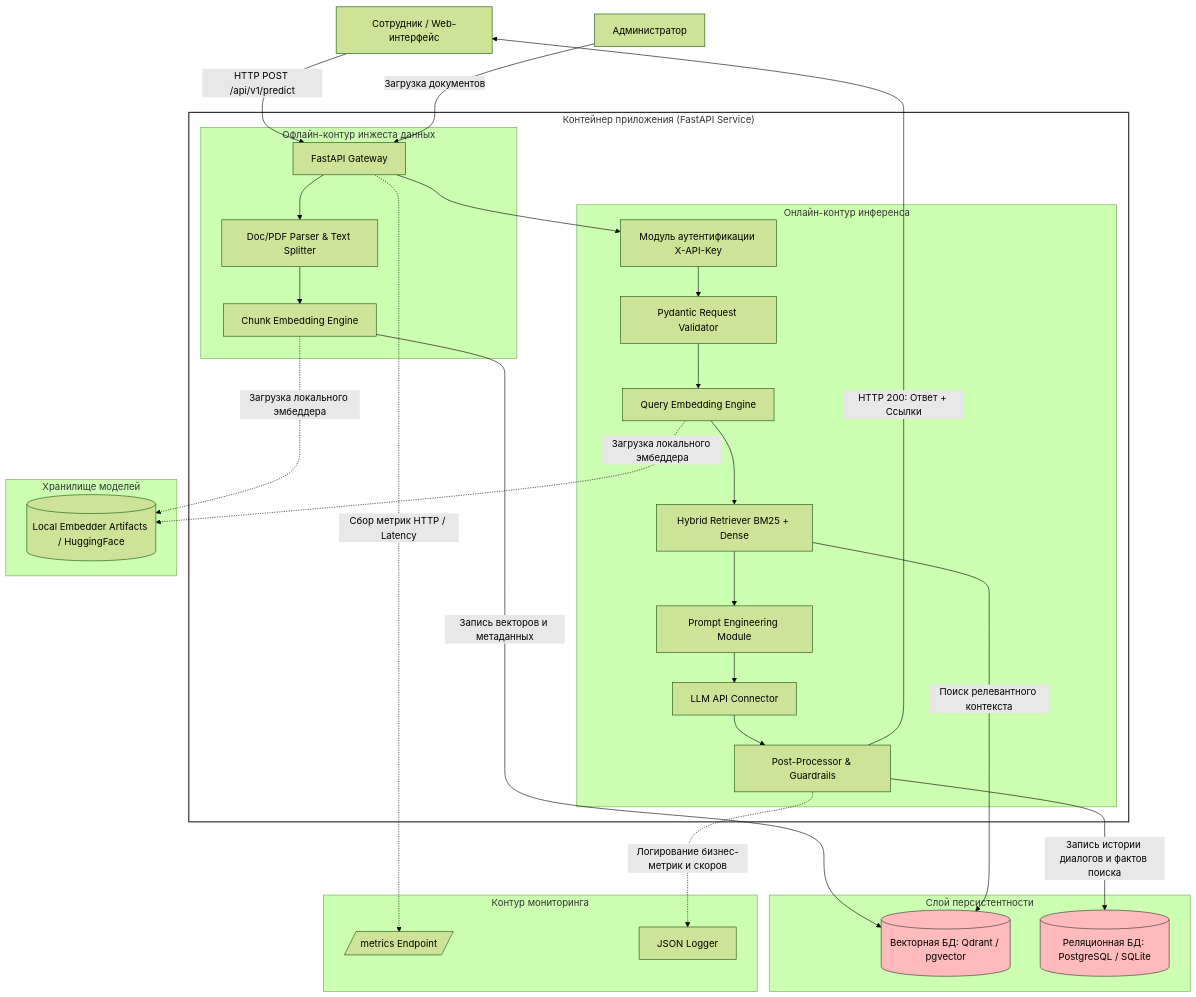
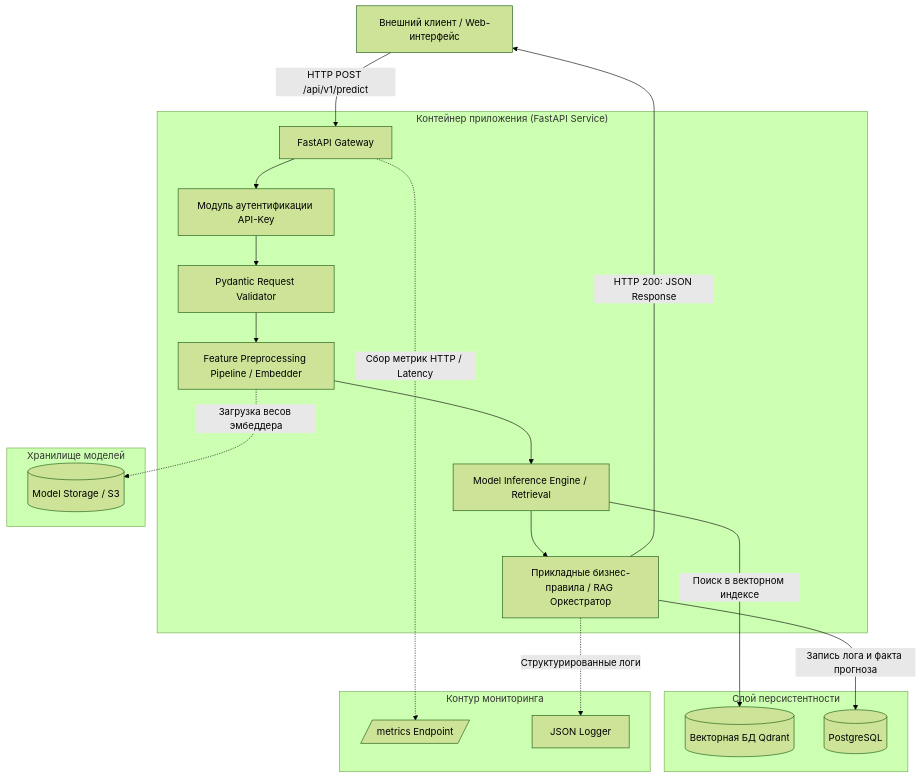
The second of 2 diagrams in README.md (M4RGINAL1981/ai-system-Enterprise-RAG), drawn with Mermaid (forest theme) before and after one commit. The commit also changed other lines of this file and 11 other files, not shown here.

````diff
--- a/README.md
+++ b/README.md
@@ -130,47 +68,23 @@
-``` mermaid
+```mermaid
 flowchart TB
-    Client[Сотрудник / Web-интерфейс] -->|HTTP POST /api/v1/predict| API[FastAPI Gateway]
-    Admin[Администратор] -->|Загрузка документов| API
-
-    %% Добавлены кавычки в названии subgraph на следующей строке:
+    Client[Внешний клиент / Web-интерфейс] -->|HTTP POST /api/v1/predict| API[FastAPI Gateway]
     subgraph AppContainer ["Контейнер приложения (FastAPI Service)"]
-        API --> Auth[Модуль аутентификации X-API-Key]
-        
-        subgraph OnlinePipeline [Онлайн-контур инференса]
-            Auth --> Validator[Pydantic Request Validator]
-            Validator --> QueryEmbedder[Query Embedding Engine]
-            QueryEmbedder --> VectorSearch[Hybrid Retriever BM25 + Dense]
-            VectorSearch --> PromptBuilder[Prompt Engineering Module]
-            PromptBuilder --> LLMClient[LLM API Connector]
-            LLMClient --> PostProcessor[Post-Processor & Guardrails]
-        end
-
-        subgraph OfflinePipeline [Офлайн-контур инжеста данных]
-            API --> DocumentParser[Doc/PDF Parser & Text Splitter]
-            DocumentParser --> ChunkEmbedder[Chunk Embedding Engine]
-        end
+        API --> Auth[Модуль аутентификации API-Key]
+        Auth --> Validator[Pydantic Request Validator]
+        Validator --> Preprocessing[Feature Preprocessing Pipeline / Embedder]
+        Preprocessing --> InferenceEngine[Model Inference Engine / Retrieval]
+        InferenceEngine --> BusinessLogic[Прикладные бизнес-правила / RAG Оркестратор]
     end
-
     subgraph ArtifactStore [Хранилище моделей]
-        QueryEmbedder -.->|Загрузка локального эмбеддера| LocalEmbedder[(Local Embedder Artifacts / HuggingFace)]
-        ChunkEmbedder -.->|Загрузка локального эмбеддера| LocalEmbedder
+        Preprocessing -.->|Загрузка весов эмбеддера| ModelFile[(Model Storage / S3)]
     end
-
     subgraph DataStore [Слой персистентности]
-        ChunkEmbedder -->|Запись векторов и метаданных| VectorDB[(Векторная БД: Qdrant / pgvector)]
-        VectorSearch -->|Поиск релевантного контекста| VectorDB
-        PostProcessor -->|Запись истории диалогов и фактов поиска| AppDB[(Реляционная БД: PostgreSQL / SQLite)]
+        InferenceEngine -->|Поиск в векторном индексе| VectorDB[(Векторная БД Qdrant)]
+        BusinessLogic -->|Запись лога и факта прогноза| AppDB[(PostgreSQL)]
     end
-
     subgraph ObservabilityStack [Контур мониторинга]
         API -.->|Сбор метрик HTTP / Latency| MetricsEndpoint[/metrics Endpoint/]
-        PostProcessor -.->|Логирование бизнес-метрик и скоров| LogsOutput[JSON Logger]
+        BusinessLogic -.->|Структурированные логи| LogsOutput[JSON Logger]
     end
-
-    PostProcessor -->|HTTP 200: Ответ + Ссылки| Client
-    
-    %% Стилизация
-    style AppContainer fill:#fff,stroke:#333,stroke-width:2px
-    style VectorDB fill:#fbb,stroke:#333,stroke-width:1px
-    style AppDB fill:#fbb,stroke:#333,stroke-width:1px
+    BusinessLogic -->|HTTP 200: JSON Response| Client
 ```
````
